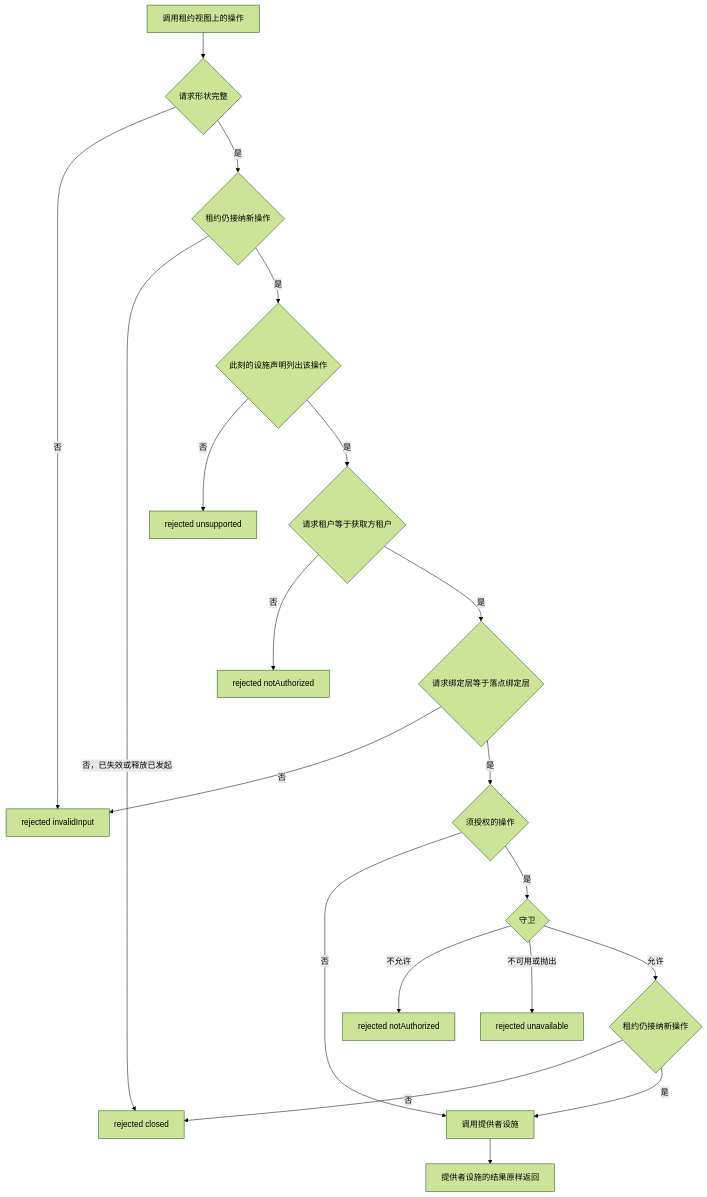
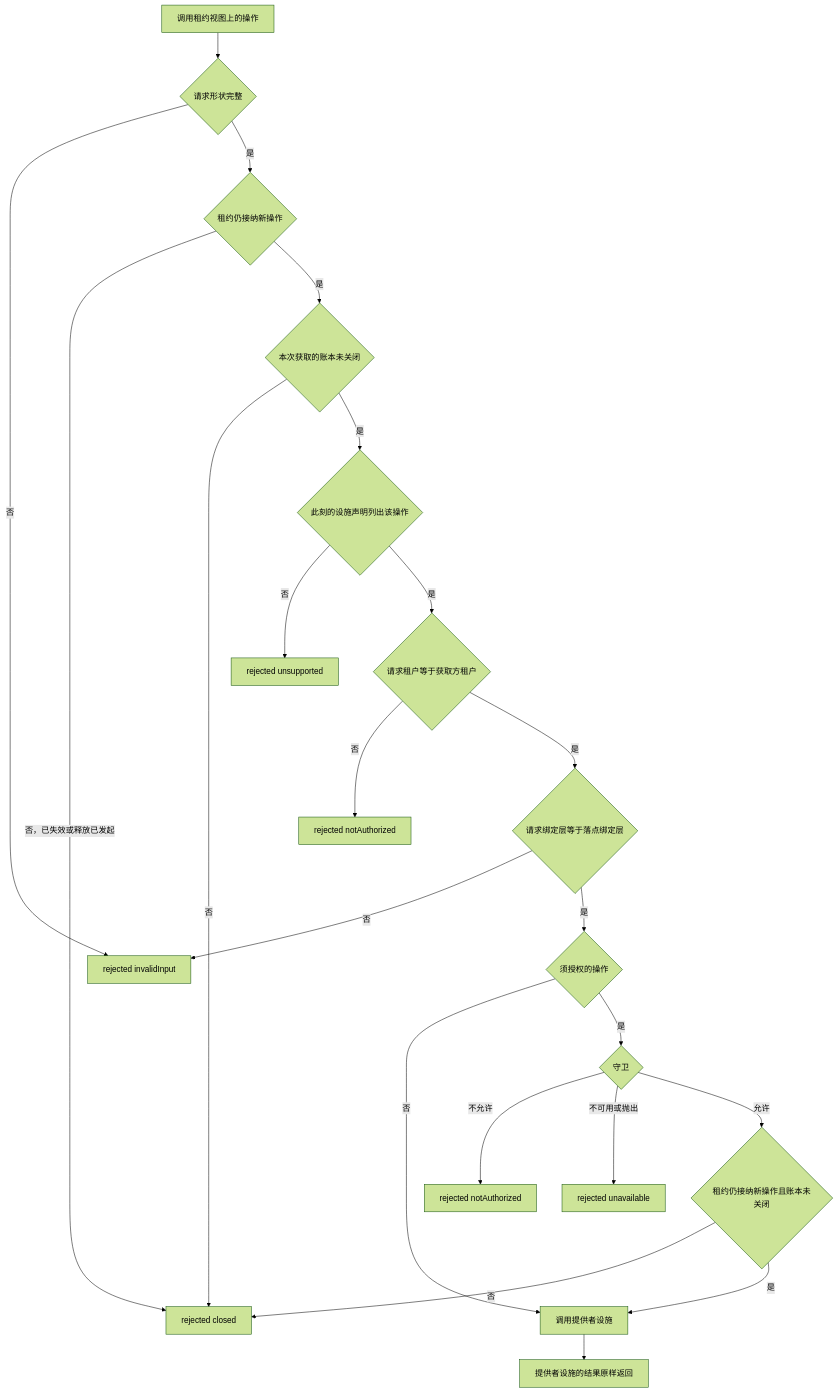
Before and after one commit to nemori-ai/omne-harness-lite: the second of 5 diagrams in packages/execution/execution-environment/docs/flows.md, drawn with Mermaid (forest theme). The commit also changed other lines of this file and 50 other files, not shown here.

````diff
--- a/packages/execution/execution-environment/docs/flows.md
+++ b/packages/execution/execution-environment/docs/flows.md
@@ -58,22 +59,24 @@
 ```mermaid
 flowchart TD
   A[调用租约视图上的操作] --> B{请求形状完整}
   B -->|否| X1[rejected invalidInput]
   B -->|是| C{租约仍接纳新操作}
   C -->|否，已失效或释放已发起| X2[rejected closed]
-  C -->|是| U{此刻的设施声明列出该操作}
+  C -->|是| L{本次获取的账本未关闭}
+  L -->|否| X2
+  L -->|是| U{此刻的设施声明列出该操作}
   U -->|否| X6[rejected unsupported]
   U -->|是| D{请求租户等于获取方租户}
   D -->|否| X3[rejected notAuthorized]
   D -->|是| K{请求绑定层等于落点绑定层}
   K -->|否| X1
   K -->|是| E{须授权的操作}
   E -->|否| G[调用提供者设施]
   E -->|是| F{守卫}
   F -->|不允许| X4[rejected notAuthorized]
   F -->|不可用或抛出| X5[rejected unavailable]
-  F -->|允许| H{租约仍接纳新操作}
+  F -->|允许| H{租约仍接纳新操作且账本未关闭}
   H -->|否| X2
   H -->|是| G
   G --> R[提供者设施的结果原样返回]
 ```
````
